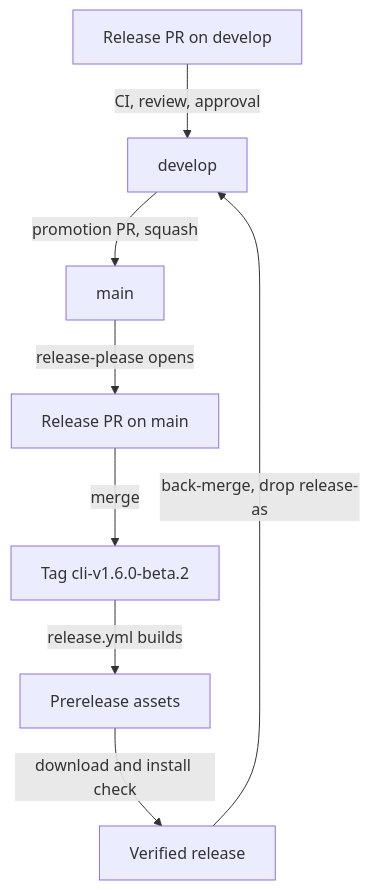
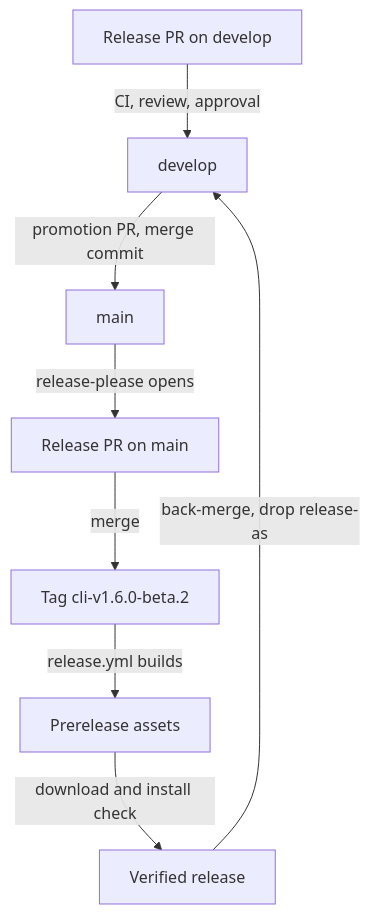
One commit to gforge-esc/gwrk changed the diagram in docs/operations/release-1.6.0-beta.2-notes.md. Above: the diagram before and after it, drawn with Mermaid. The commit also changed other lines of this file, not shown here.

Commit message:
docs(release): preserve signed ancestry during main promotion

````diff
--- a/docs/operations/release-1.6.0-beta.2-notes.md
+++ b/docs/operations/release-1.6.0-beta.2-notes.md
@@ -41,10 +42,10 @@
 ```mermaid
 flowchart TD
     A["Release PR on develop"] -->|"CI, review, approval"| B["develop"]
-    B -->|"promotion PR, squash"| C["main"]
+    B -->|"promotion PR, merge commit"| C["main"]
     C -->|"release-please opens"| D["Release PR on main"]
     D -->|"merge"| E["Tag cli-v1.6.0-beta.2"]
     E -->|"release.yml builds"| F["Prerelease assets"]
     F -->|"download and install check"| G["Verified release"]
     G -->|"back-merge, drop release-as"| B
 ```
````
